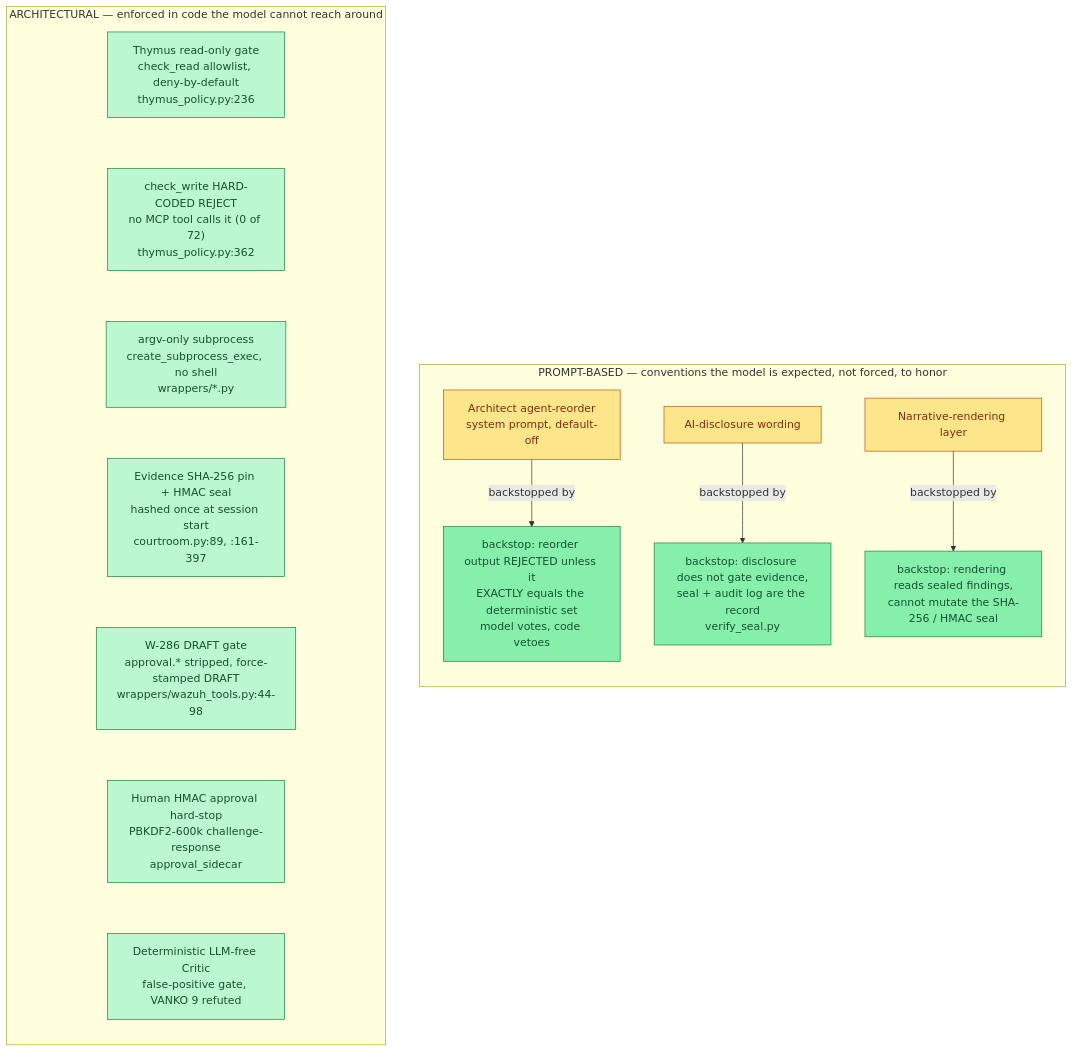
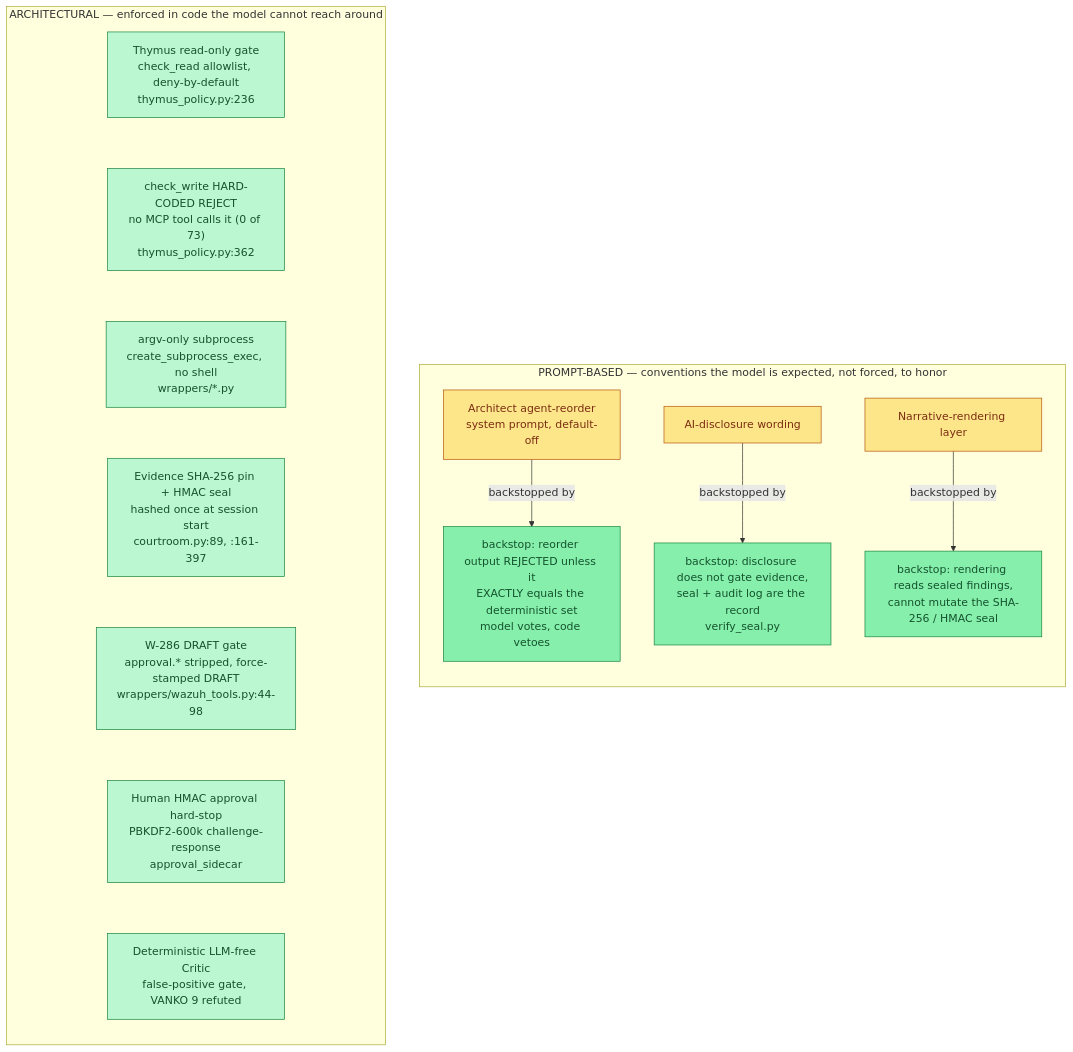
The diagram in docs/07-sdlc-ops/assets/evidence-integrity/d3-architectural-vs-prompt.mmd (galvangabriel-web/agentropix-mcp), drawn with Mermaid before and after one commit. The commit also changed 80 other files, not shown here.

```diff
--- a/docs/07-sdlc-ops/assets/evidence-integrity/d3-architectural-vs-prompt.mmd
+++ b/docs/07-sdlc-ops/assets/evidence-integrity/d3-architectural-vs-prompt.mmd
@@ -1,35 +1,35 @@
 flowchart LR
     subgraph ARCH["ARCHITECTURAL — enforced in code the model cannot reach around"]
         direction TB
         A1["Thymus read-only gate<br/>check_read allowlist, deny-by-default<br/>thymus_policy.py:236"]
-        A2["check_write HARD-CODED REJECT<br/>no MCP tool calls it (0 of 72)<br/>thymus_policy.py:362"]
+        A2["check_write HARD-CODED REJECT<br/>no MCP tool calls it (0 of 73)<br/>thymus_policy.py:362"]
         A3["argv-only subprocess<br/>create_subprocess_exec, no shell<br/>wrappers/*.py"]
         A4["Evidence SHA-256 pin + HMAC seal<br/>hashed once at session start<br/>courtroom.py:89, :161-397"]
         A5["W-286 DRAFT gate<br/>approval.* stripped, force-stamped DRAFT<br/>wrappers/wazuh_tools.py:44-98"]
         A6["Human HMAC approval hard-stop<br/>PBKDF2-600k challenge-response<br/>approval_sidecar"]
         A7["Deterministic LLM-free Critic<br/>false-positive gate, VANKO 9 refuted"]
         A1 ~~~ A2 ~~~ A3 ~~~ A4 ~~~ A5 ~~~ A6 ~~~ A7
     end
 
     subgraph PROMPT["PROMPT-BASED — conventions the model is expected, not forced, to honor"]
         direction TB
         P1["Architect agent-reorder<br/>system prompt, default-off"]
         P2["AI-disclosure wording"]
         P3["Narrative-rendering layer"]
         B1["backstop: reorder output REJECTED unless it<br/>EXACTLY equals the deterministic set<br/>model votes, code vetoes"]
         B2["backstop: disclosure does not gate evidence,<br/>seal + audit log are the record<br/>verify_seal.py"]
         B3["backstop: rendering reads sealed findings,<br/>cannot mutate the SHA-256 / HMAC seal"]
         P1 -->|"backstopped by"| B1
         P2 -->|"backstopped by"| B2
         P3 -->|"backstopped by"| B3
     end
 
     ARCH ~~~ PROMPT
 
     classDef arch fill:#bbf7d0,stroke:#15803d,color:#14532d;
     classDef prompt fill:#fde68a,stroke:#b45309,color:#7c2d12;
     classDef backstop fill:#86efac,stroke:#15803d,color:#14532d;
 
     class A1,A2,A3,A4,A5,A6,A7 arch
     class P1,P2,P3 prompt
     class B1,B2,B3 backstop
```
